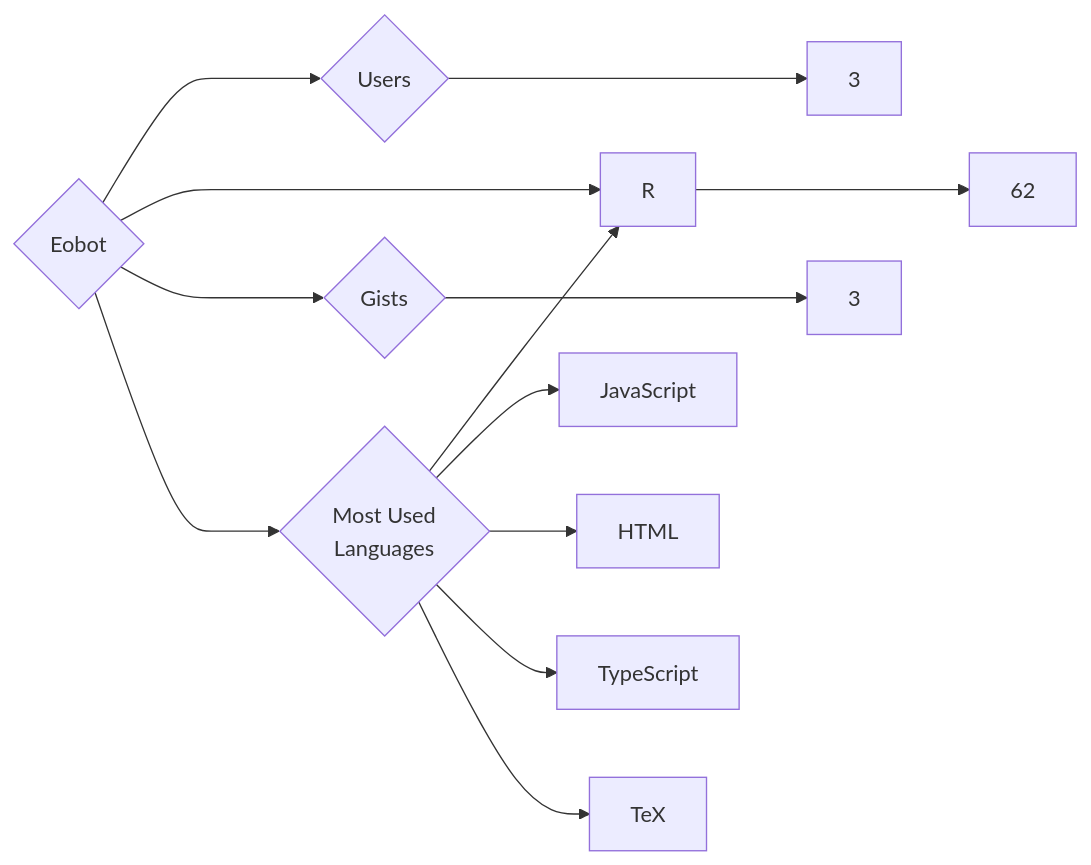
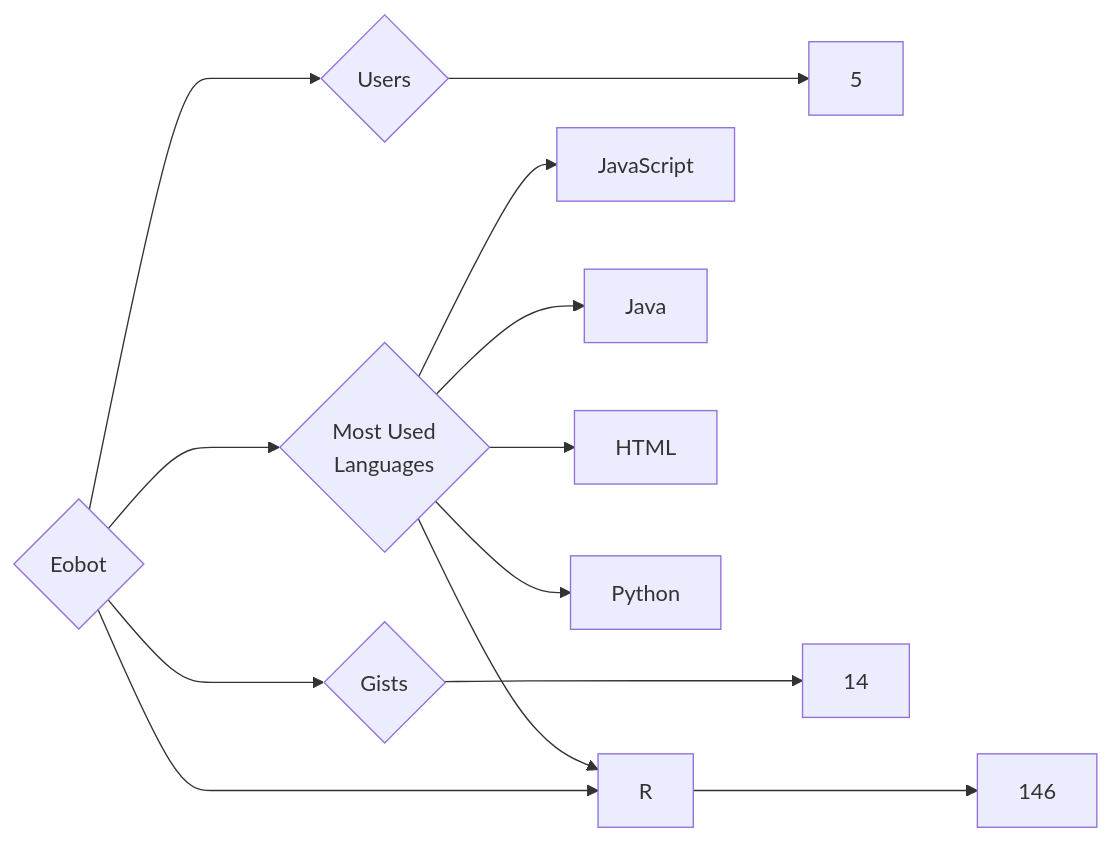
The diagram in targets/Eobot/README.md (trickest/insiders), drawn with Mermaid before and after one commit. The commit also changed 1089 other files, not shown here.

````diff
--- a/targets/Eobot/README.md
+++ b/targets/Eobot/README.md
@@ -3,13 +3,13 @@
 ```mermaid
 graph LR
 COMPANY_NAME{Eobot}
-COMPANY_NAME ---> U{Users} ---> UN[3]
-COMPANY_NAME ---> R{Repositories} ---> RN[62]
-COMPANY_NAME ---> G{Gists} ---> GN[3]
+COMPANY_NAME ---> U{Users} ---> UN[5]
+COMPANY_NAME ---> R{Repositories} ---> RN[146]
+COMPANY_NAME ---> G{Gists} ---> GN[14]
 COMPANY_NAME ---> ML{Most Used<br>Languages}
+ML --> JavaScript[JavaScript]
 ML --> R[R]
-ML --> JavaScript[JavaScript]
+ML --> Java[Java]
 ML --> HTML[HTML]
-ML --> TypeScript[TypeScript]
-ML --> TeX[TeX]
+ML --> Python[Python]
 ```
````
